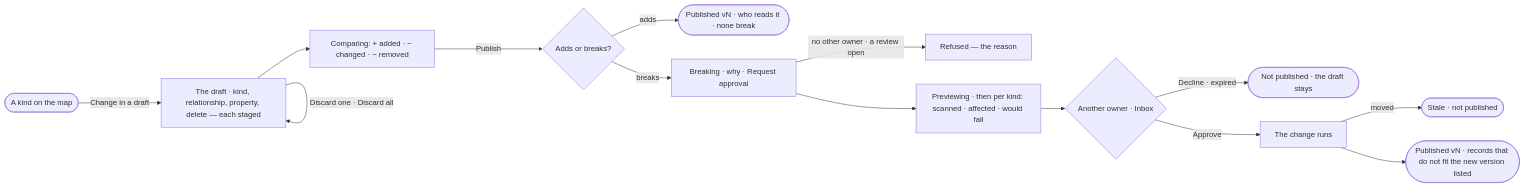
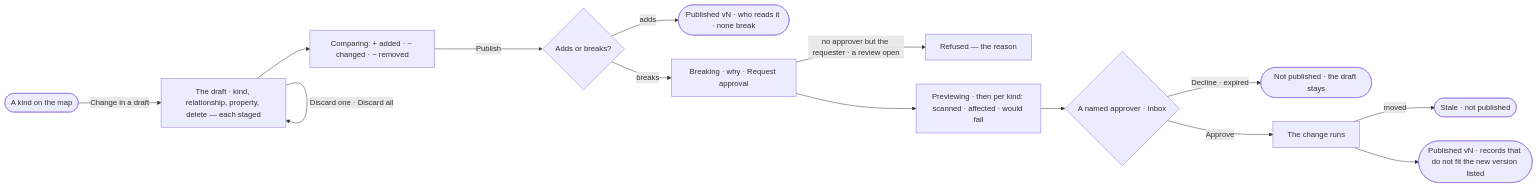
Before and after one commit to invana/invana: the diagram in specs/capabilities/semantics/features/SE-F02-change-and-publish-a-model/stories/SE-05-change-a-model-and-publish-it/story.md, drawn with Mermaid. The commit also changed other lines of this file and 522 other files, not shown here.

````diff
--- a/specs/capabilities/semantics/features/SE-F02-change-and-publish-a-model/stories/SE-05-change-a-model-and-publish-it/story.md
+++ b/specs/capabilities/semantics/features/SE-F02-change-and-publish-a-model/stories/SE-05-change-a-model-and-publish-it/story.md
@@ -27,16 +27,16 @@
 ```mermaid
 flowchart LR
   a([A kind on the map]) -->|Change in a draft| d["The draft · kind, relationship, property, delete — each staged"]
   d -->|Discard one · Discard all| d
   d --> c["Comparing: + added · ~ changed · − removed"]
   c -->|Publish| k{Adds or breaks?}
   k -->|adds| p(["Published vN · who reads it · none break"])
   k -->|breaks| b["Breaking · why · Request approval"]
-  b -->|no other owner · a review open| r["Refused — the reason"]
+  b -->|no approver but the requester · a review open| r["Refused — the reason"]
   b --> v["Previewing · then per kind: scanned · affected · would fail"]
-  v --> o{Another owner · Inbox}
+  v --> o{A named approver · Inbox}
   o -->|Decline · expired| n(["Not published · the draft stays"])
   o -->|Approve| m["The change runs"]
   m -->|moved| s(["Stale · not published"])
   m --> p2(["Published vN · records that do not fit the new version listed"])
 ```
````
